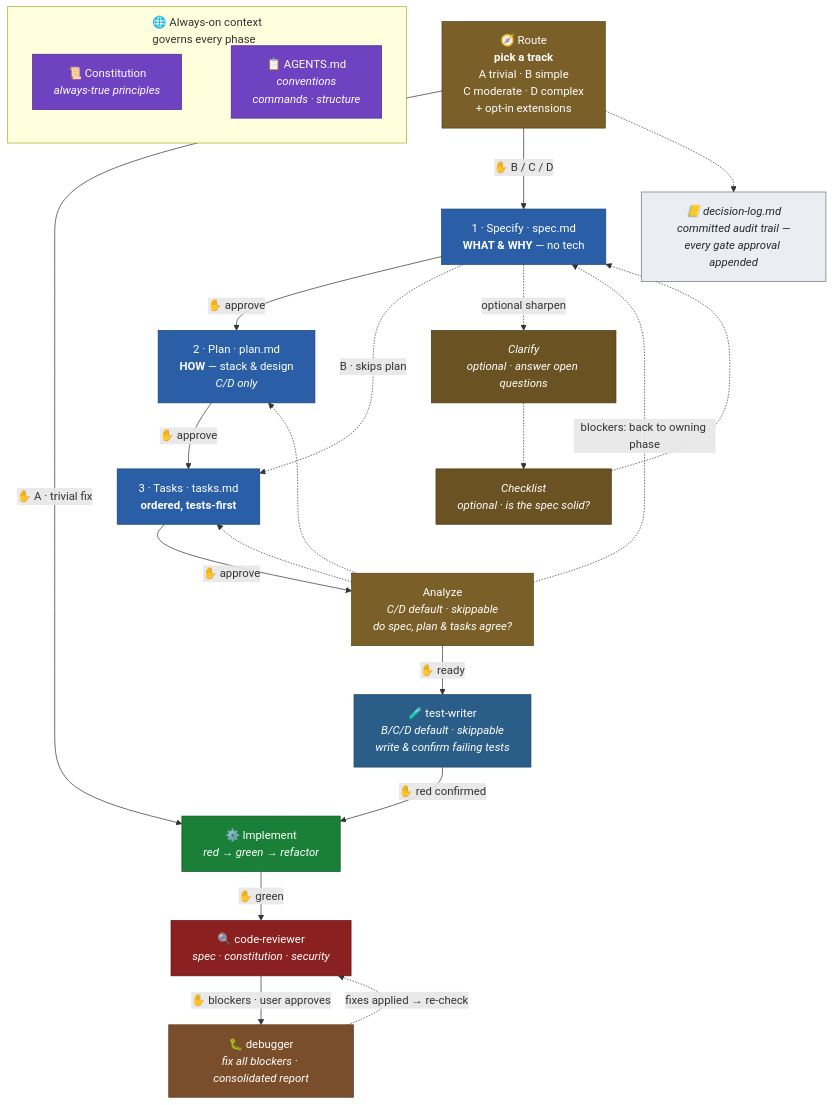
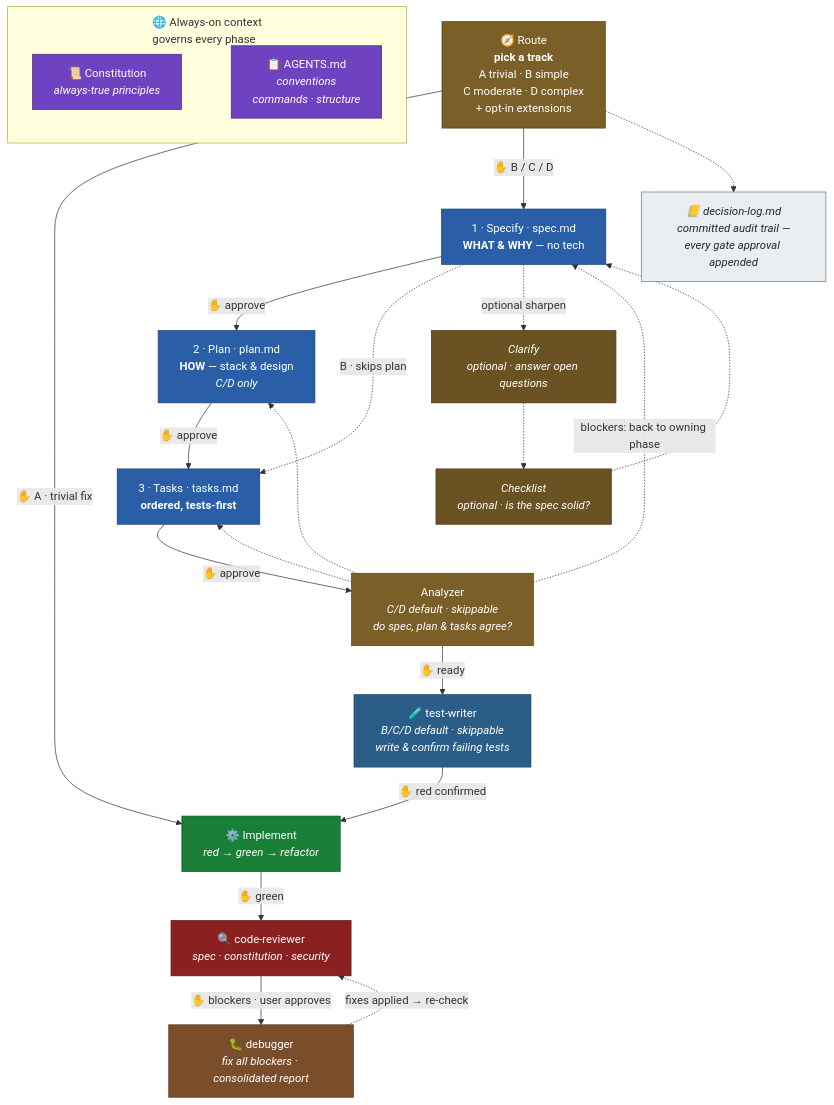
The first of 2 diagrams in README.md (saptarshibasu/spec-driven-development), drawn with Mermaid before and after one commit. The commit also changed other lines of this file and 9 other files, not shown here.

````diff
--- a/README.md
+++ b/README.md
@@ -24,46 +24,46 @@
 ```mermaid
 %%{init: {'flowchart': {'nodeSpacing': 50, 'rankSpacing': 45, 'subGraphTitleMargin': {'top': 10, 'bottom': 10}}, 'themeVariables': {'fontSize': '16px'}}}%%
 flowchart TD
     subgraph CTX["🌐 Always-on context<br/>governs every phase"]
         direction LR
         K["📜 Constitution<br/><i>always-true principles</i>"]:::gov
         AGT["📋 AGENTS.md<br/><i>conventions<br/>commands · structure</i>"]:::gov
         K ~~~ AGT
     end
     RT["🧭 Route<br/><b>pick a track</b><br/>A trivial · B simple<br/>C moderate · D complex<br/>+ opt-in extensions"]:::gate
     S["1 · Specify · spec.md<br/><b>WHAT & WHY</b> — no tech"]:::phase
     CL["Clarify<br/><i>optional · answer open questions</i>"]:::opt
     CK["Checklist<br/><i>optional · is the spec solid?</i>"]:::opt
     P["2 · Plan · plan.md<br/><b>HOW</b> — stack & design<br/><i>C/D only</i>"]:::phase
     T["3 · Tasks · tasks.md<br/><b>ordered, tests-first</b>"]:::phase
-    AN["Analyze<br/><i>C/D default · skippable<br/>do spec, plan & tasks agree?</i>"]:::gate
+    AN["Analyzer<br/><i>C/D default · skippable<br/>do spec, plan & tasks agree?</i>"]:::gate
     TW["🧪 test-writer<br/><i>B/C/D default · skippable<br/>write & confirm failing tests</i>"]:::twriter
     I["⚙️ Implement<br/><i>red → green → refactor</i>"]:::impl
     R["🔍 code-reviewer<br/><i>spec · constitution · security</i>"]:::reviewer
     DB["🐛 debugger<br/><i>fix all blockers · consolidated report</i>"]:::debug
     DL["📒 decision-log.md<br/><i>committed audit trail —<br/>every gate approval appended</i>"]:::audit
 
     RT -->|✋ A · trivial fix| I
     RT -->|✋ B / C / D| S
     S -->|✋ approve| P -->|✋ approve| T -->|✋ approve| AN -->|✋ ready| TW -->|✋ red confirmed| I -->|✋ green| R
     R -->|"✋ blockers · user approves"| DB
     DB -. "fixes applied → re-check" .-> R
     S -. B · skips plan .-> T
     S -. optional sharpen .-> CL
     CL -.-> CK
     CK -.-> S
     AN -. "blockers: back to owning phase" .-> S
     AN -.-> P
     AN -.-> T
     RT -.-> DL
 
     classDef gov fill:#6f42c1,color:#fff,stroke:#4c2889
     classDef phase fill:#2a5fa8,color:#fff,stroke:#1e4472
     classDef gate fill:#7a5f28,color:#fff,stroke:#54421c
     classDef opt fill:#6a5222,color:#fff,stroke:#4a3a18,font-style:italic
     classDef impl fill:#1a7f37,color:#fff,stroke:#0f5323
     classDef twriter fill:#2a5e88,color:#fff,stroke:#1e4464
     classDef reviewer fill:#8b2020,color:#fff,stroke:#621616
     classDef debug fill:#7a4e2a,color:#fff,stroke:#56361e
     classDef audit fill:#eaeef2,color:#24292f,stroke:#6e7781,font-style:italic
 ```
````
